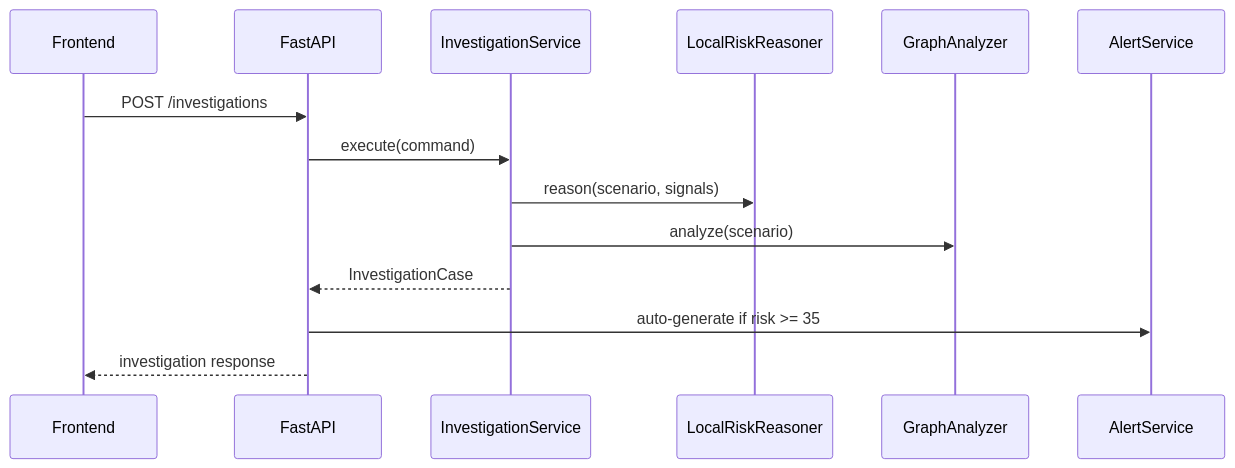
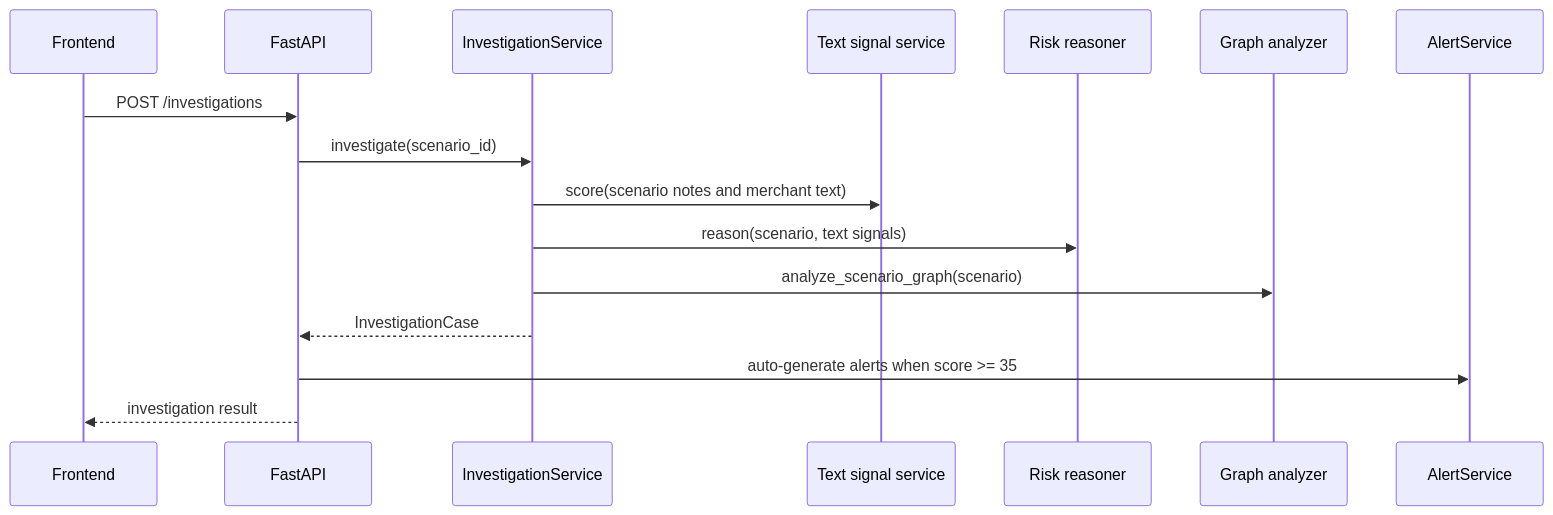
One commit to rezamirzaei/relational-AI changed the fifth of 7 diagrams in docs/architecture.md. Above: the diagram before and after it, drawn with Mermaid. The commit also changed other lines of this file and 4 other files, not shown here.

````diff
--- a/docs/architecture.md
+++ b/docs/architecture.md
@@ -114,17 +174,19 @@
 ```mermaid
 sequenceDiagram
     participant UI as Frontend
     participant API as FastAPI
-    participant Inv as InvestigationService
-    participant Rules as LocalRiskReasoner
-    participant Graph as GraphAnalyzer
+    participant Investigation as InvestigationService
+    participant Text as Text signal service
+    participant Reasoner as Risk reasoner
+    participant Graph as Graph analyzer
     participant Alerts as AlertService
 
     UI->>API: POST /investigations
-    API->>Inv: execute(command)
-    Inv->>Rules: reason(scenario, signals)
-    Inv->>Graph: analyze(scenario)
-    Inv-->>API: InvestigationCase
-    API->>Alerts: auto-generate if risk >= 35
-    API-->>UI: investigation response
+    API->>Investigation: investigate(scenario_id)
+    Investigation->>Text: score(scenario notes and merchant text)
+    Investigation->>Reasoner: reason(scenario, text signals)
+    Investigation->>Graph: analyze_scenario_graph(scenario)
+    Investigation-->>API: InvestigationCase
+    API->>Alerts: auto-generate alerts when score >= 35
+    API-->>UI: investigation result
 ```
````
